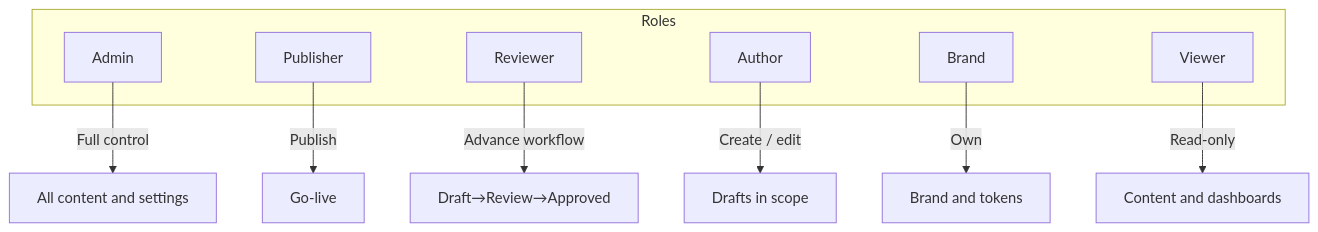
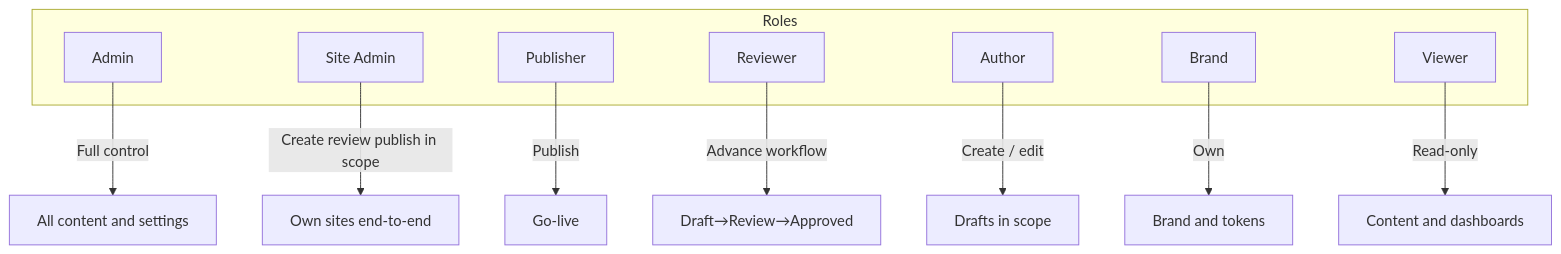
The third of 12 diagrams in docs/sales/HUMAIN-Create-Studio-Deck.md (ankeshtiwari07/CMS), drawn with Mermaid before and after one commit. The commit also changed other lines of this file and 14 other files, not shown here.

First line of the commit message:
Add site-scoped siteAdmin role; align CMS roles with PRD personas

````diff
--- a/docs/sales/HUMAIN-Create-Studio-Deck.md
+++ b/docs/sales/HUMAIN-Create-Studio-Deck.md
@@ -284,17 +286,19 @@
 ```mermaid
 flowchart TB
     subgraph Roles
         ADM[Admin]
+        SAD[Site Admin]
         PUB[Publisher]
         REV[Reviewer]
         AUT[Author]
         BRD[Brand]
         VWR[Viewer]
     end
     ADM -->|Full control| ALL[All content and settings]
+    SAD -->|Create review publish in scope| SITE[Own sites end-to-end]
     PUB -->|Publish| LIVE[Go-live]
     REV -->|Advance workflow| GATE[Draft→Review→Approved]
     AUT -->|Create / edit| DRAFT[Drafts in scope]
     BRD -->|Own| BRAND[Brand and tokens]
     VWR -->|Read-only| VIEW[Content and dashboards]
 ```
````
